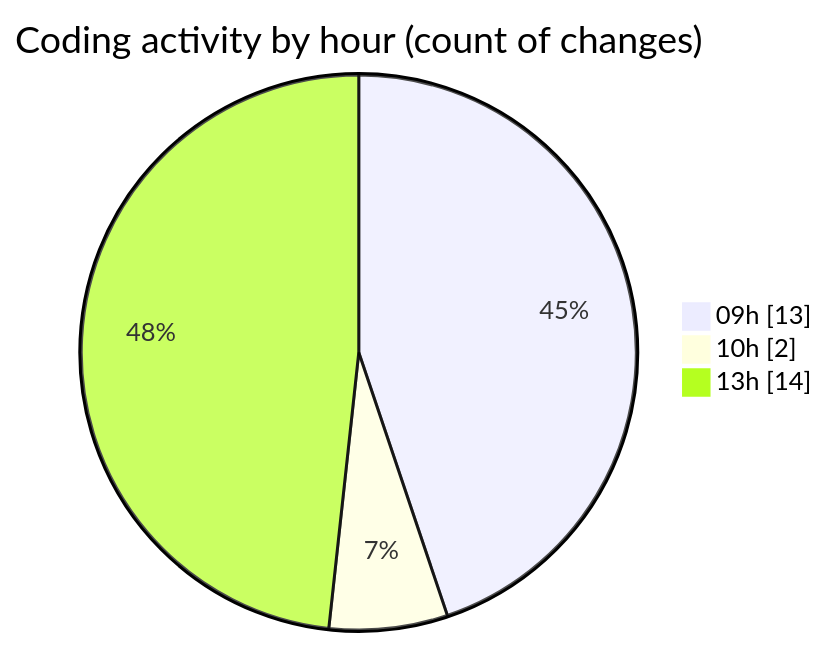
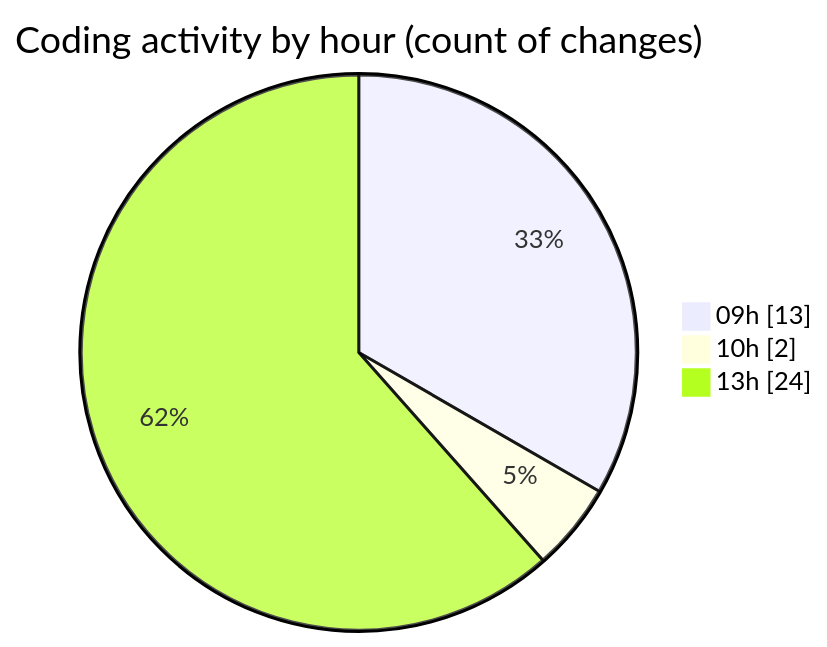
One commit to momahboobian/code-tracking changed the second of 2 diagrams in 2025-08-29/cda/README.md. Above: the diagram before and after it, drawn with Mermaid. The commit also changed other lines of this file and 1 other file, not shown here.

````diff
--- a/2025-08-29/cda/README.md
+++ b/2025-08-29/cda/README.md
@@ -41,7 +41,7 @@
 ```mermaid
 pie showData
 title Coding activity by hour (count of changes)
 "09h" : 13
 "10h" : 2
-"13h" : 14
+"13h" : 24
 ```
````
